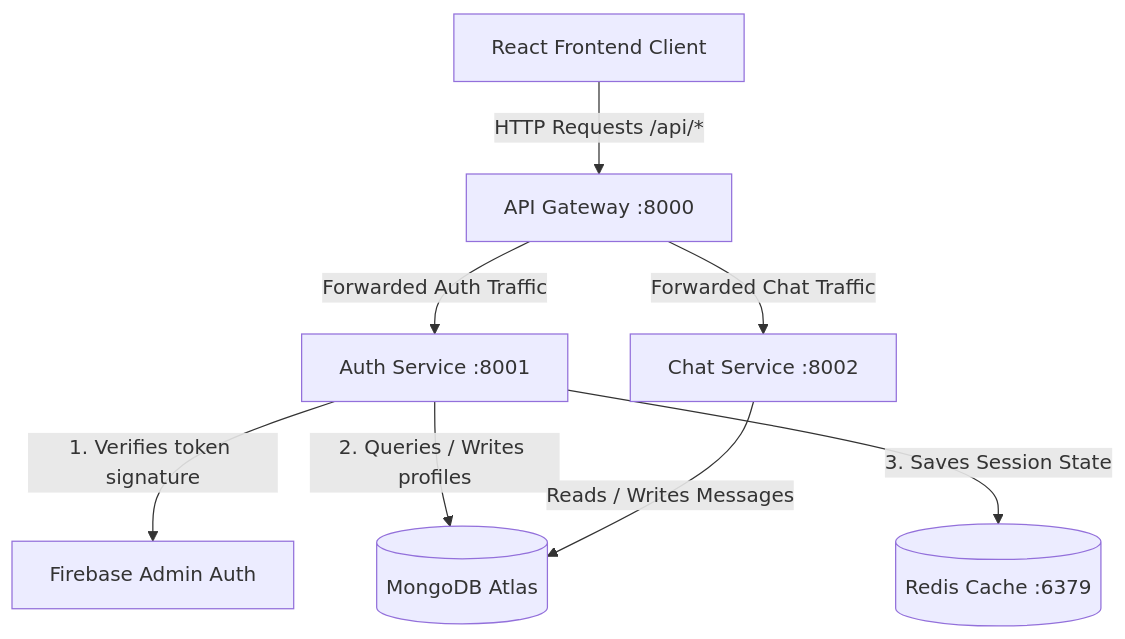
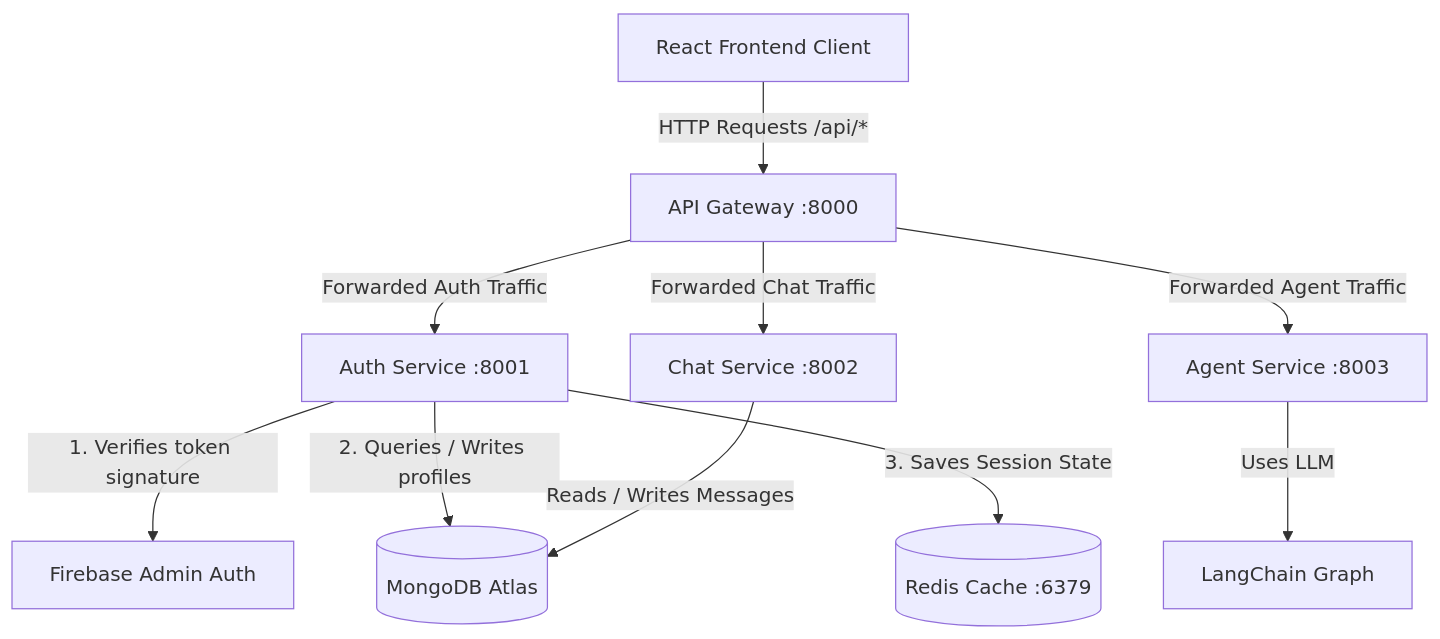
The first of 2 diagrams in README.md (RajChaudhary7706/MultiAgentX), drawn with Mermaid before and after one commit. The commit also changed other lines of this file and 12 other files, not shown here.

````diff
--- a/README.md
+++ b/README.md
@@ -109,10 +109,12 @@
 ```mermaid
 graph TD
     Client[React Frontend Client] -->|HTTP Requests /api/*| Gateway[API Gateway :8000]
     Gateway -->|Forwarded Auth Traffic| AuthService[Auth Service :8001]
     Gateway -->|Forwarded Chat Traffic| ChatService[Chat Service :8002]
+    Gateway -->|Forwarded Agent Traffic| AgentService[Agent Service :8003]
     AuthService -->|1. Verifies token signature| Firebase[Firebase Admin Auth]
     AuthService -->|2. Queries / Writes profiles| MongoDB[(MongoDB Atlas)]
     AuthService -->|3. Saves Session State| Redis[(Redis Cache :6379)]
     ChatService -->|Reads / Writes Messages| MongoDB
+    AgentService -->|Uses LLM| LangChain[LangChain Graph]
 ```
````
